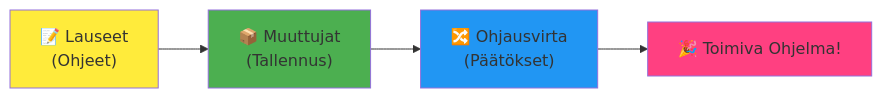
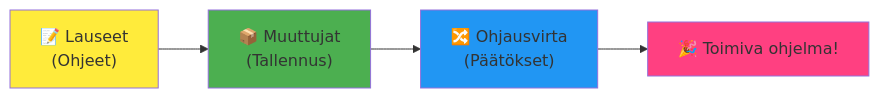
One commit to microsoft/Web-Dev-For-Beginners changed the fourth of 7 diagrams in translations/fi/1-getting-started-lessons/1-intro-to-programming-languages/README.md. Above: the diagram before and after it, drawn with Mermaid. The commit also changed other lines of this file and 8 other files, not shown here.

````diff
--- a/translations/fi/1-getting-started-lessons/1-intro-to-programming-languages/README.md
+++ b/translations/fi/1-getting-started-lessons/1-intro-to-programming-languages/README.md
@@ -467,9 +467,9 @@
 ```mermaid
 flowchart LR
-    A["📝 Lauseet<br/>(Ohjeet)"] --> B["📦 Muuttujat<br/>(Tallennus)"] --> C["🔀 Ohjausvirta<br/>(Päätökset)"] --> D["🎉 Toimiva Ohjelma!"]
+    A["📝 Lauseet<br/>(Ohjeet)"] --> B["📦 Muuttujat<br/>(Tallennus)"] --> C["🔀 Ohjausvirta<br/>(Päätökset)"] --> D["🎉 Toimiva ohjelma!"]
     
     style A fill:#ffeb3b
     style B fill:#4caf50
     style C fill:#2196f3
     style D fill:#ff4081
-```
+```  
````
